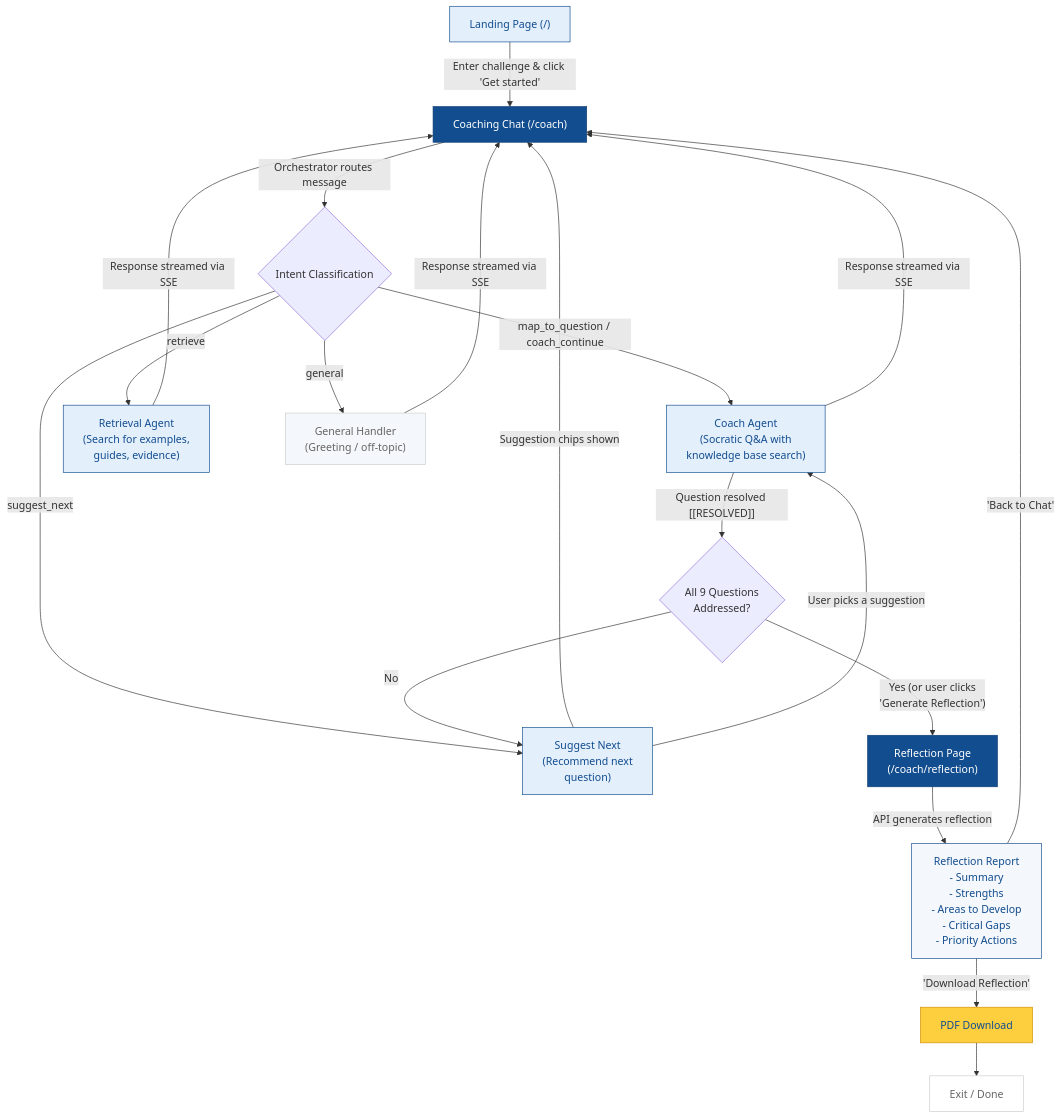
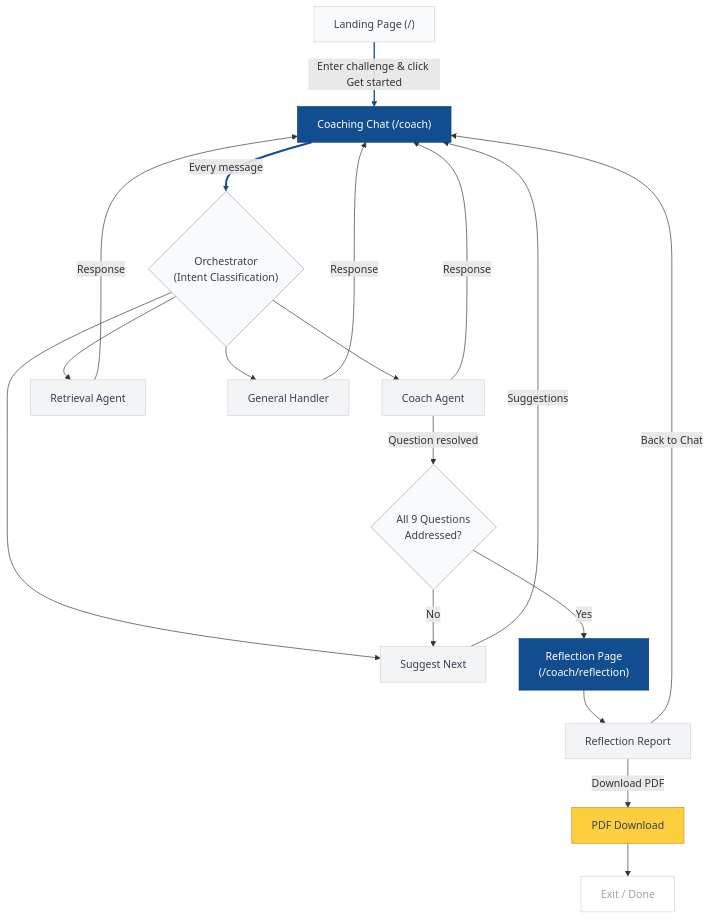
Before and after one commit to Kushal187/coaching-tool-public-engagement: the diagram in docs/user-journey-flow.md, drawn with Mermaid.

Commit message:
flow changes 2

````diff
--- a/docs/user-journey-flow.md
+++ b/docs/user-journey-flow.md
@@ -5,41 +5,41 @@
 ```mermaid
 flowchart TD
-    A["Landing Page (/)"] -->|Enter challenge & click 'Get started'| B["Coaching Chat (/coach)"]
-    
-    B -->|Orchestrator routes message| C{Intent Classification}
-    
-    C -->|"map_to_question / coach_continue"| D["Coach Agent\n(Socratic Q&A with\nknowledge base search)"]
-    C -->|retrieve| E["Retrieval Agent\n(Search for examples,\nguides, evidence)"]
-    C -->|suggest_next| F["Suggest Next\n(Recommend next\nquestion)"]
-    C -->|general| G["General Handler\n(Greeting / off-topic)"]
-    
-    D -->|Response streamed via SSE| B
-    E -->|Response streamed via SSE| B
-    F -->|Suggestion chips shown| B
-    G -->|Response streamed via SSE| B
-    
-    D -->|"Question resolved [[RESOLVED]]"| H{All 9 Questions\nAddressed?}
-    
+    A["Landing Page (/)"] -->|"Enter challenge & click Get started"| B["Coaching Chat (/coach)"]
+
+    B ==>|"Every message"| C{"Orchestrator\n(Intent Classification)"}
+
+    C --> D["Coach Agent"]
+    C --> E["Retrieval Agent"]
+    C --> F["Suggest Next"]
+    C --> G["General Handler"]
+
+    D -->|Response| B
+    E -->|Response| B
+    F -->|Suggestions| B
+    G -->|Response| B
+
+    D -->|"Question resolved"| H{"All 9 Questions\nAddressed?"}
     H -->|No| F
-    F -->|User picks a suggestion| D
-    
-    H -->|"Yes (or user clicks\n'Generate Reflection')"| I["Reflection Page\n(/coach/reflection)"]
-    
-    I -->|API generates reflection| J["Reflection Report\n- Summary\n- Strengths\n- Areas to Develop\n- Critical Gaps\n- Priority Actions"]
-    
-    J -->|"'Download Reflection'"| K["PDF Download"]
-    J -->|"'Back to Chat'"| B
-    
+    H -->|Yes| I["Reflection Page\n(/coach/reflection)"]
+
+    I --> J["Reflection Report"]
+    J -->|Download PDF| K["PDF Download"]
+    J -->|Back to Chat| B
     K --> L["Exit / Done"]
 
-    style A fill:#E4EFFC,stroke:#124D8F,color:#124D8F
+    style A fill:#f9fafb,stroke:#d1d5db,color:#374151
     style B fill:#124D8F,stroke:#0e3d72,color:#fff
+    style C fill:#f9fafb,stroke:#9ca3af,color:#374151
+    style D fill:#f3f4f6,stroke:#d1d5db,color:#374151
+    style E fill:#f3f4f6,stroke:#d1d5db,color:#374151
+    style F fill:#f3f4f6,stroke:#d1d5db,color:#374151
+    style G fill:#f3f4f6,stroke:#d1d5db,color:#374151
+    style H fill:#f9fafb,stroke:#9ca3af,color:#374151
     style I fill:#124D8F,stroke:#0e3d72,color:#fff
-    style J fill:#F4F7FB,stroke:#124D8F,color:#124D8F
-    style K fill:#FDCE3E,stroke:#D09006,color:#124D8F
-    style L fill:#fff,stroke:#ccc,color:#666
-    style D fill:#E4EFFC,stroke:#124D8F,color:#124D8F
-    style E fill:#E4EFFC,stroke:#124D8F,color:#124D8F
-    style F fill:#E4EFFC,stroke:#124D8F,color:#124D8F
-    style G fill:#F4F7FB,stroke:#ccc,color:#666
+    style J fill:#f3f4f6,stroke:#d1d5db,color:#374151
+    style K fill:#FDCE3E,stroke:#D09006,color:#374151
+    style L fill:#fff,stroke:#d1d5db,color:#9ca3af
+
+    linkStyle 0 stroke:#124D8F,stroke-width:2px
+    linkStyle 1 stroke:#124D8F,stroke-width:3px
 ```
````
